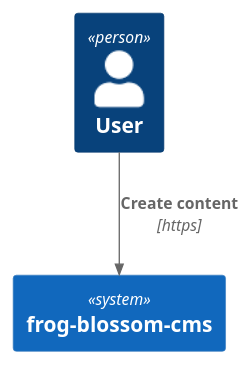
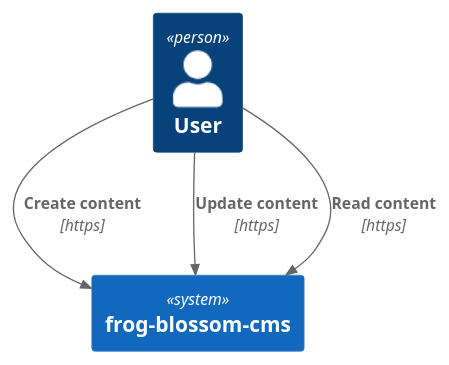
Before and after one commit to minierparedes/frog-blossom-docs: the diagram in design-docs/context.puml, drawn with PlantUML.

Commit message:
Apr 30, 2024, 12:18 PM

```diff
--- a/design-docs/context.puml
+++ b/design-docs/context.puml
@@ -1,9 +1,12 @@
 @startuml frog-blossom-context
 !include  https://raw.githubusercontent.com/plantuml-stdlib/C4-PlantUML/master/C4_Container.puml
 
 Person(user, "User")
 System(cms, "frog-blossom-cms")
 
 Rel(user, cms, "Create content", "https")
+Rel(user, cms, "Update content", "https")
+Rel(user, cms, "Read content", "https")
+
 
 @enduml
```
